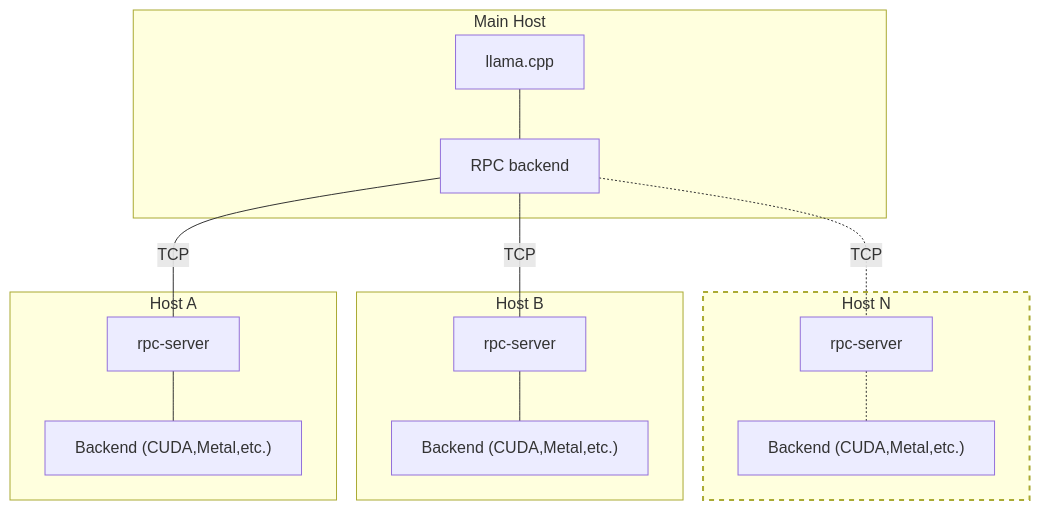
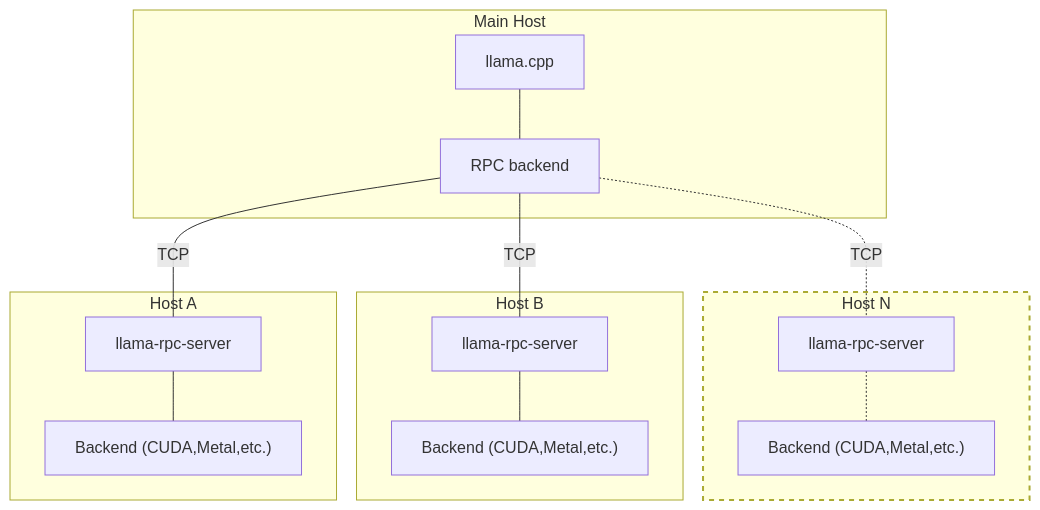
The diagram in examples/rpc/README.md (ggerganov/llama.cpp), drawn with Mermaid before and after one commit. The commit also changed other lines of this file and 2 other files, not shown here.

Commit message:
update llama-rpc-server bin name + doc

````diff
--- a/examples/rpc/README.md
+++ b/examples/rpc/README.md
@@ -7,19 +7,19 @@
 ```mermaid
 flowchart TD
     rpcb---|TCP|srva
     rpcb---|TCP|srvb
     rpcb-.-|TCP|srvn
     subgraph hostn[Host N]
-    srvn[rpc-server]-.-backend3["Backend (CUDA,Metal,etc.)"]
+    srvn[llama-rpc-server]-.-backend3["Backend (CUDA,Metal,etc.)"]
     end
     subgraph hostb[Host B]
-    srvb[rpc-server]---backend2["Backend (CUDA,Metal,etc.)"]
+    srvb[llama-rpc-server]---backend2["Backend (CUDA,Metal,etc.)"]
     end
     subgraph hosta[Host A]
-    srva[rpc-server]---backend["Backend (CUDA,Metal,etc.)"]
+    srva[llama-rpc-server]---backend["Backend (CUDA,Metal,etc.)"]
     end
     subgraph host[Main Host]
     ggml[llama.cpp]---rpcb[RPC backend]
     end
     style hostn stroke:#66,stroke-width:2px,stroke-dasharray: 5 5
 ```
````
